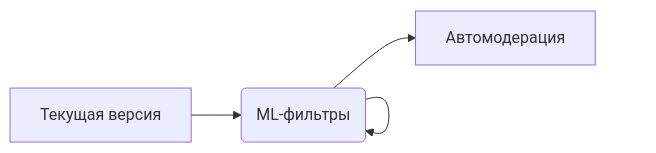
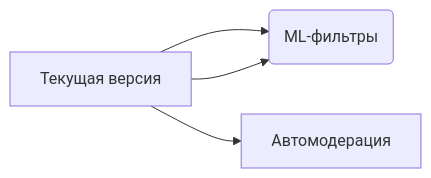
Before and after one commit to nihosprop/bot_stepik_guard: the diagram in README.md, drawn with Mermaid.

Commit message:
style(README): update

````diff
--- a/README.md
+++ b/README.md
@@ -75,6 +75,6 @@
 ```mermaid
 graph LR
     A[Текущая версия] --> B(PostgreSQL + SQLAlchemy)
-    B --> B(ML-фильтры)
-    B --> C[Автомодерация]
+    A[Текущая версия] --> B(ML-фильтры)
+    A[Текущая версия] --> C[Автомодерация]
 ```
````
